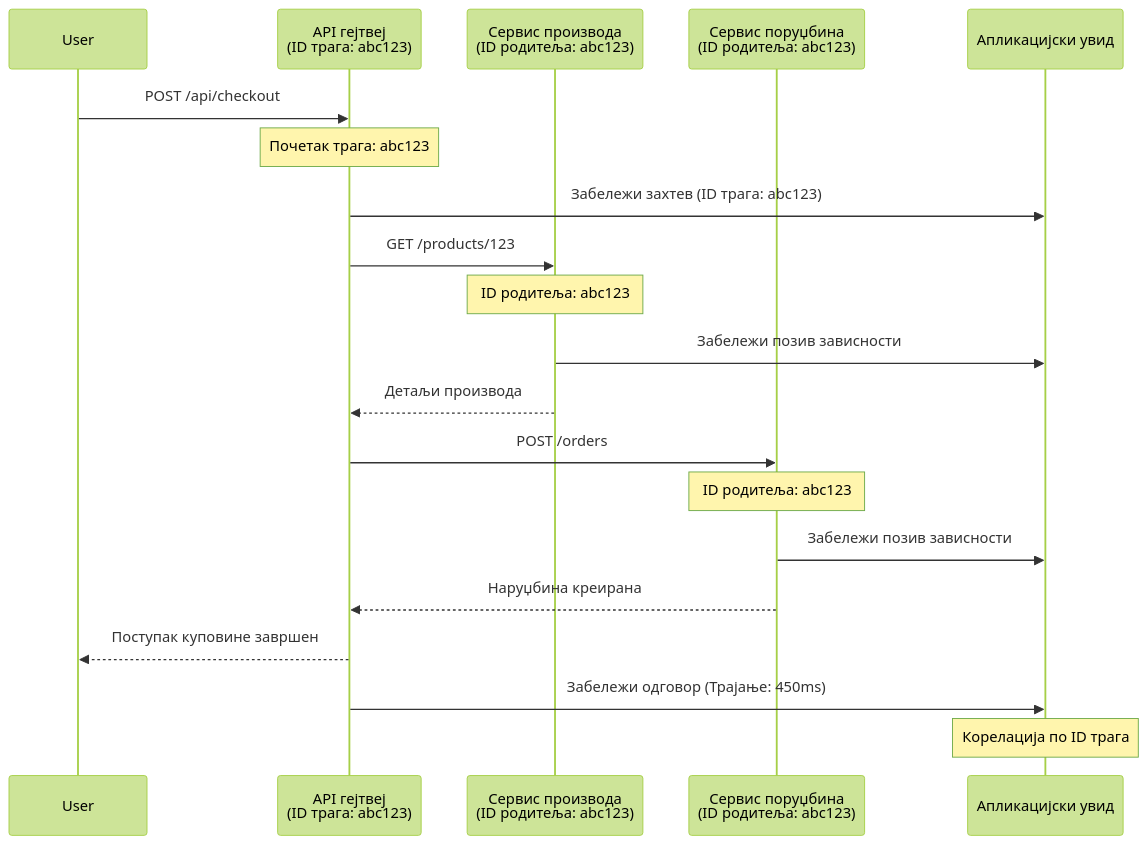
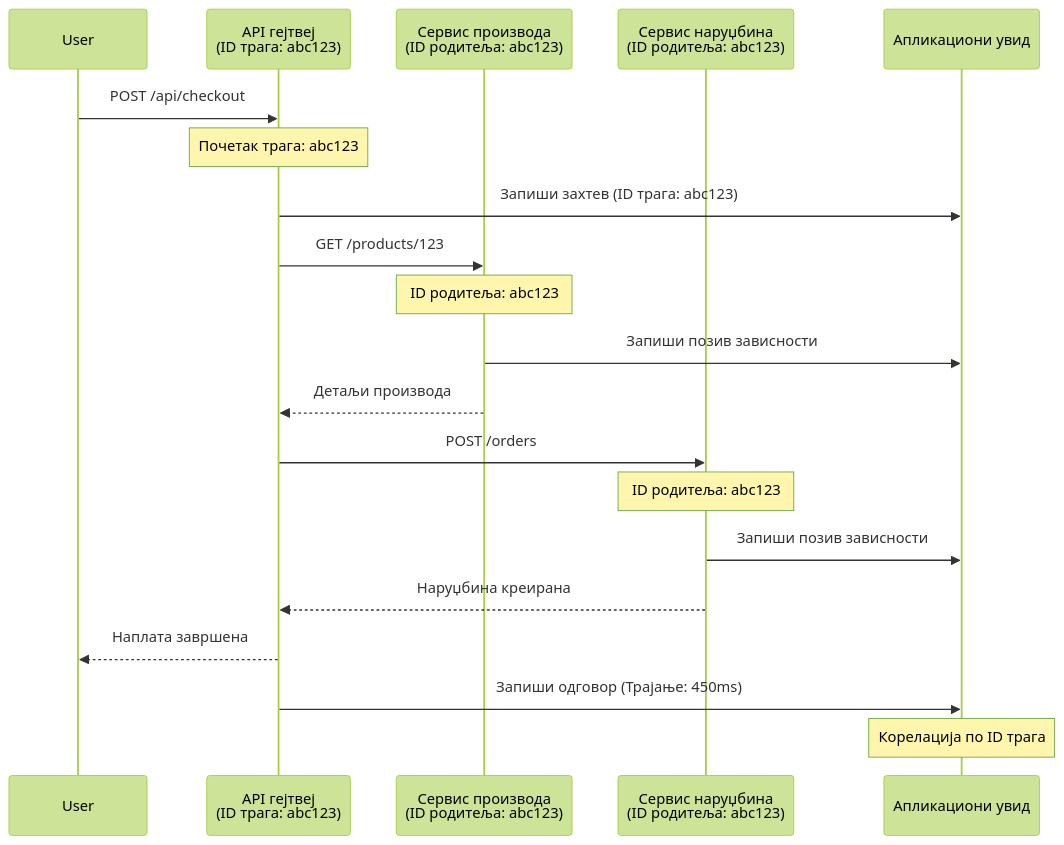
One commit to microsoft/AZD-for-beginners changed the second of 2 diagrams in translations/sr/docs/chapter-06-pre-deployment/application-insights.md. Above: the diagram before and after it, drawn with Mermaid (forest theme). The commit also changed other lines of this file and 101 other files, not shown here.

````diff
--- a/translations/sr/docs/chapter-06-pre-deployment/application-insights.md
+++ b/translations/sr/docs/chapter-06-pre-deployment/application-insights.md
@@ -744,27 +744,27 @@
 ```mermaid
 sequenceDiagram
     participant User
     participant Gateway as API гејтвеј<br/>(ID трага: abc123)
     participant Product as Сервис производа<br/>(ID родитеља: abc123)
-    participant Order as Сервис поруџбина<br/>(ID родитеља: abc123)
-    participant AppInsights as Апликацијски увид
+    participant Order as Сервис наруџбина<br/>(ID родитеља: abc123)
+    participant AppInsights as Апликациони увид
     
     User->>Gateway: POST /api/checkout
     Note over Gateway: Почетак трага: abc123
-    Gateway->>AppInsights: Забележи захтев (ID трага: abc123)
+    Gateway->>AppInsights: Запиши захтев (ID трага: abc123)
     
     Gateway->>Product: GET /products/123
     Note over Product: ID родитеља: abc123
-    Product->>AppInsights: Забележи позив зависности
+    Product->>AppInsights: Запиши позив зависности
     Product-->>Gateway: Детаљи производа
     
     Gateway->>Order: POST /orders
     Note over Order: ID родитеља: abc123
-    Order->>AppInsights: Забележи позив зависности
+    Order->>AppInsights: Запиши позив зависности
     Order-->>Gateway: Наруџбина креирана
     
-    Gateway-->>User: Поступак куповине завршен
-    Gateway->>AppInsights: Забележи одговор (Трајање: 450ms)
+    Gateway-->>User: Наплата завршена
+    Gateway->>AppInsights: Запиши одговор (Трајање: 450ms)
     
     Note over AppInsights: Корелација по ID трага
 ```
````
